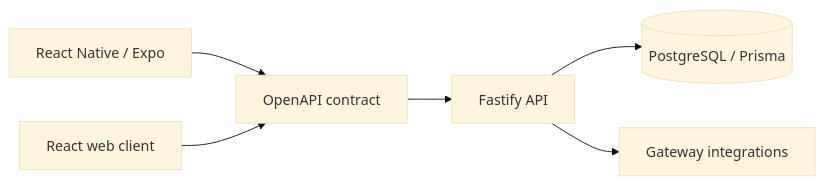
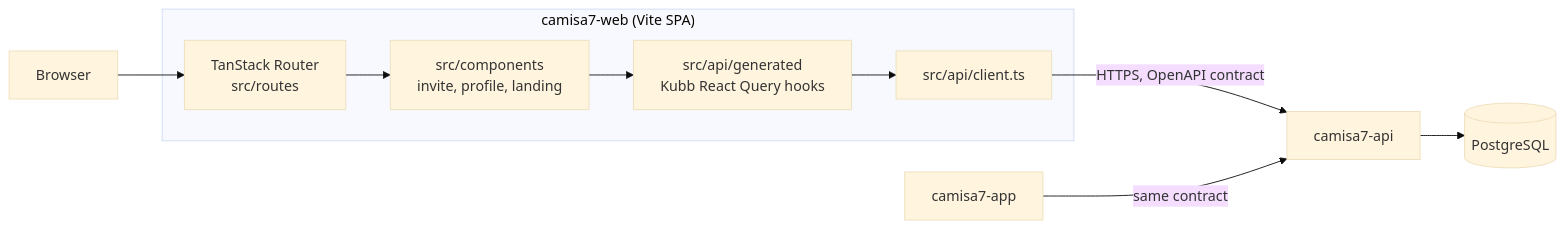
Before and after one commit to mkwitko/camisa7-web: the first of 2 diagrams in README.md, drawn with Mermaid (base theme). The commit also changed other lines of this file, not shown here.

````diff
--- a/README.md
+++ b/README.md
@@ -20,8 +18,12 @@
 ```mermaid
 flowchart LR
- Mobile["React Native / Expo"] --> Contract["OpenAPI contract"]
- Web["React web client"] --> Contract
- Contract --> API["Fastify API"]
- API --> DB[("PostgreSQL / Prisma")]
- API --> Providers["Gateway integrations"]
+  Browser --> Router["TanStack Router<br/>src/routes"]
+  subgraph Web["camisa7-web (Vite SPA)"]
+    Router --> Pages["src/components<br/>invite, profile, landing"]
+    Pages --> Gen["src/api/generated<br/>Kubb React Query hooks"]
+    Gen --> Client["src/api/client.ts"]
+  end
+  Client -->|HTTPS, OpenAPI contract| API["camisa7-api"]
+  App["camisa7-app"] -->|same contract| API
+  API --> PG[("PostgreSQL")]
 ```
````
